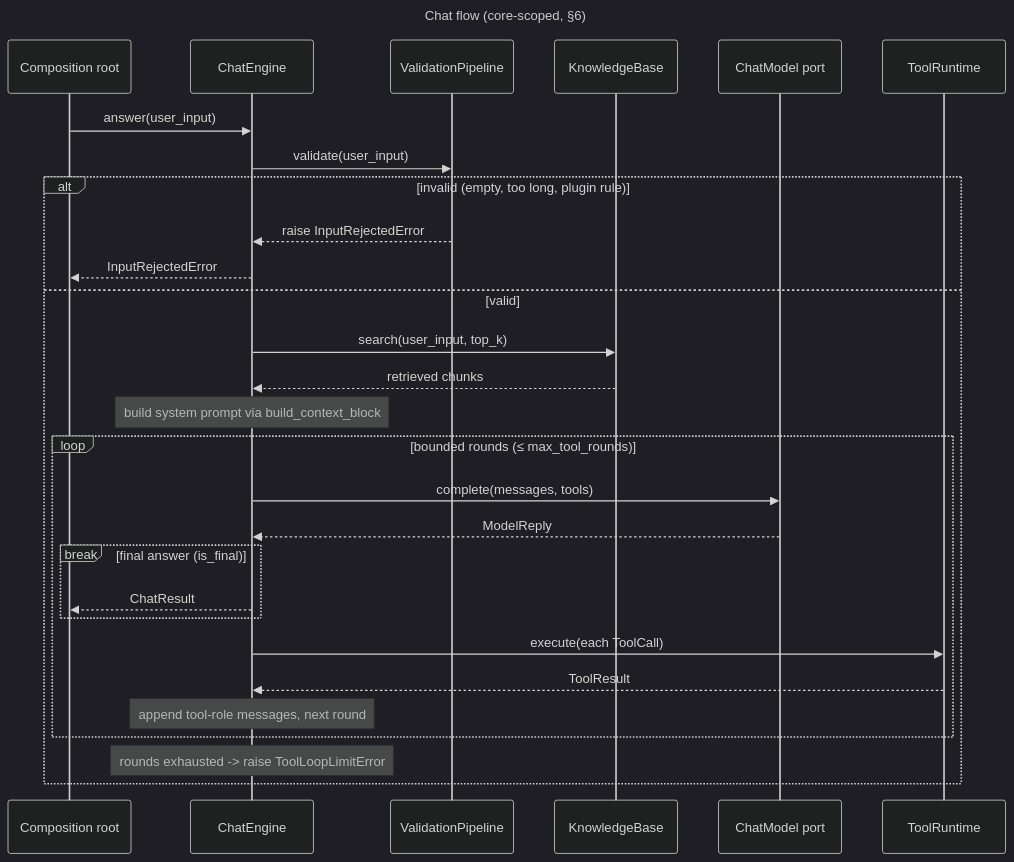
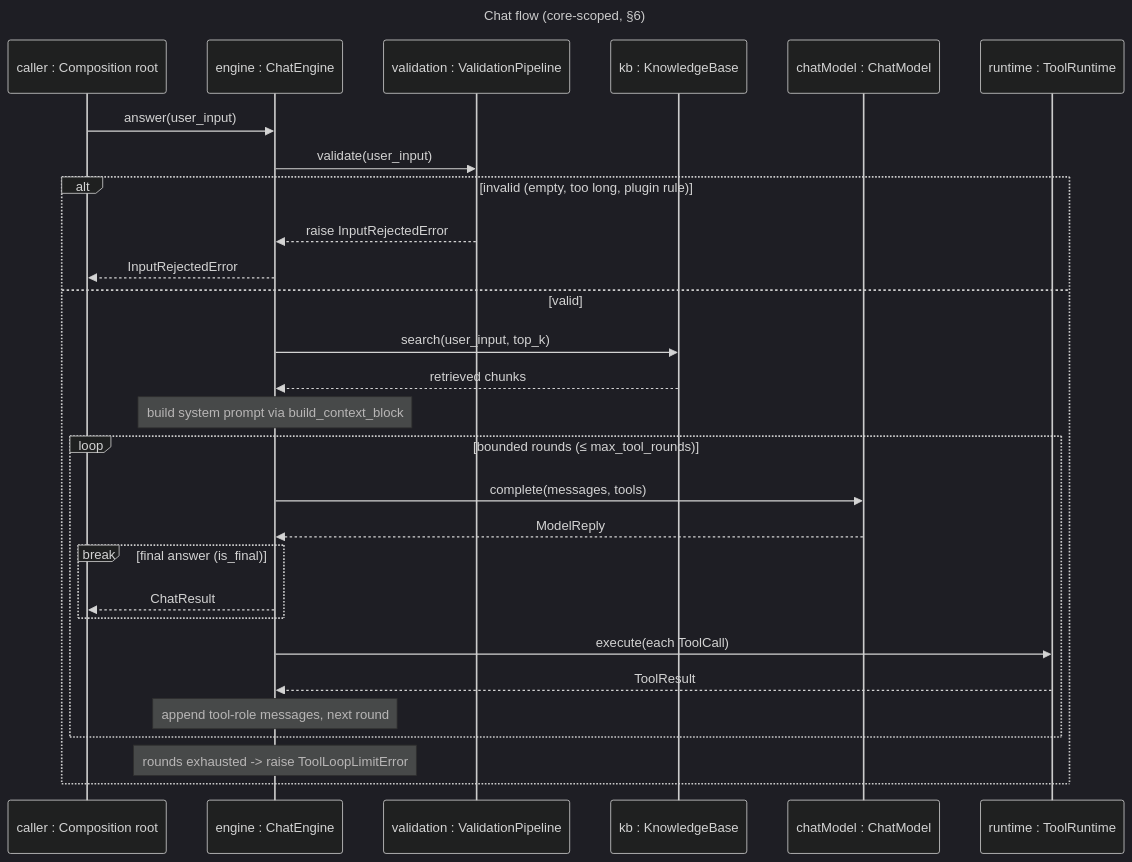
The third of 3 diagrams in docs/plans/chat-engine.md (aschog/cora), drawn with Mermaid (dark theme) before and after one commit.

Commit message:
docs: use UML instance:classifier lifelines in chat flow diagram

````diff
--- a/docs/plans/chat-engine.md
+++ b/docs/plans/chat-engine.md
@@ -183,34 +183,34 @@
 ```mermaid
 ---
 title: Chat flow (core-scoped, §6)
 ---
 sequenceDiagram
-  participant Caller as Composition root
-  participant ORCH as ChatEngine
-  participant VAL as ValidationPipeline
-  participant KB as KnowledgeBase
-  participant LLM as ChatModel port
-  participant TOOL as ToolRuntime
+  participant caller as caller : Composition root
+  participant engine as engine : ChatEngine
+  participant validation as validation : ValidationPipeline
+  participant kb as kb : KnowledgeBase
+  participant chatModel as chatModel : ChatModel
+  participant runtime as runtime : ToolRuntime
 
-  Caller->>ORCH: answer(user_input)
-  ORCH->>VAL: validate(user_input)
+  caller->>engine: answer(user_input)
+  engine->>validation: validate(user_input)
   alt invalid (empty, too long, plugin rule)
-    VAL-->>ORCH: raise InputRejectedError
-    ORCH-->>Caller: InputRejectedError
+    validation-->>engine: raise InputRejectedError
+    engine-->>caller: InputRejectedError
   else valid
-    ORCH->>KB: search(user_input, top_k)
-    KB-->>ORCH: retrieved chunks
-    Note over ORCH: build system prompt via build_context_block
+    engine->>kb: search(user_input, top_k)
+    kb-->>engine: retrieved chunks
+    Note over engine: build system prompt via build_context_block
     loop bounded rounds (≤ max_tool_rounds)
-      ORCH->>LLM: complete(messages, tools)
-      LLM-->>ORCH: ModelReply
+      engine->>chatModel: complete(messages, tools)
+      chatModel-->>engine: ModelReply
       break final answer (is_final)
-        ORCH-->>Caller: ChatResult
+        engine-->>caller: ChatResult
       end
-      ORCH->>TOOL: execute(each ToolCall)
-      TOOL-->>ORCH: ToolResult
-      Note over ORCH: append tool-role messages, next round
+      engine->>runtime: execute(each ToolCall)
+      runtime-->>engine: ToolResult
+      Note over engine: append tool-role messages, next round
     end
-    Note over ORCH: rounds exhausted -> raise ToolLoopLimitError
+    Note over engine: rounds exhausted -> raise ToolLoopLimitError
   end
 ```
````
